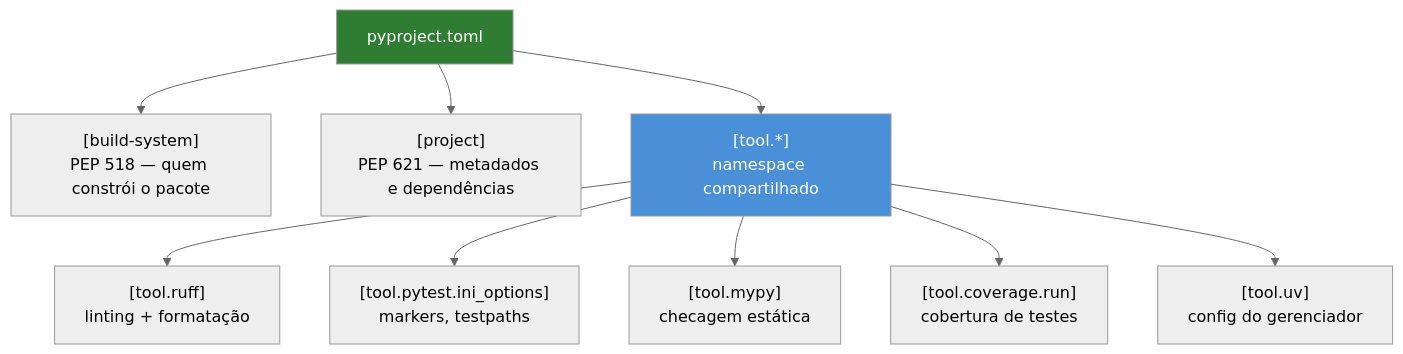
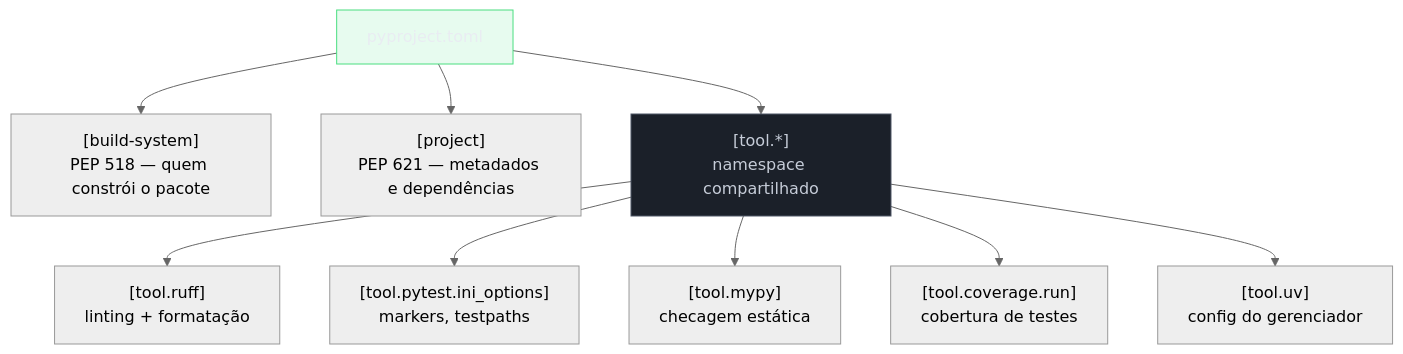
The second of 2 diagrams in 03-Dominios/Tecnologia/Python/Build e tooling/03 - pyproject.toml — o padrão unificado.md (josenaldo/codex-technomanticus), drawn with Mermaid (neutral theme) before and after one commit. The commit also changed other lines of this file and 1181 other files, not shown here.

First line of the commit message:
fix(diagramas): paleta do sistema no lugar de cor cravada no markdown

````diff
--- a/03-Dominios/Tecnologia/Python/Build e tooling/03 - pyproject.toml — o padrão unificado.md
+++ b/03-Dominios/Tecnologia/Python/Build e tooling/03 - pyproject.toml — o padrão unificado.md
@@ -153,15 +155,17 @@
 ```mermaid
 flowchart TD
+    classDef neutro fill:#1B2029,stroke:#4E5666,color:#C6CCD8
+    classDef ok fill:#4ADE8021,stroke:#4ADE80,color:#E9ECF2
     PT["pyproject.toml"] --> BS["[build-system]<br/>PEP 518 — quem constrói o pacote"]
     PT --> PJ["[project]<br/>PEP 621 — metadados e dependências"]
     PT --> TOOL["[tool.*]<br/>namespace compartilhado"]
 
     TOOL --> RUFF["[tool.ruff]<br/>linting + formatação"]
     TOOL --> PYTEST["[tool.pytest.ini_options]<br/>markers, testpaths"]
     TOOL --> MYPY["[tool.mypy]<br/>checagem estática"]
     TOOL --> COV["[tool.coverage.run]<br/>cobertura de testes"]
     TOOL --> UV["[tool.uv]<br/>config do gerenciador"]
 
-    style TOOL fill:#4A90D9,color:#fff
-    style PT fill:#2E7D32,color:#fff
+    class TOOL neutro
+    class PT ok
 ```
````
